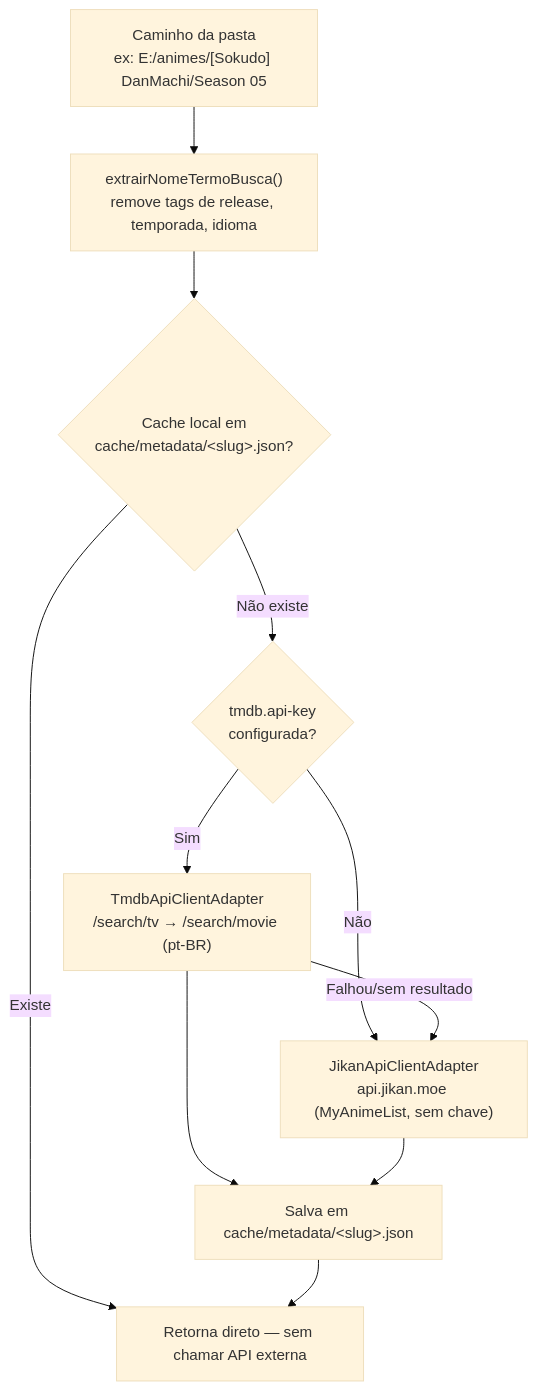
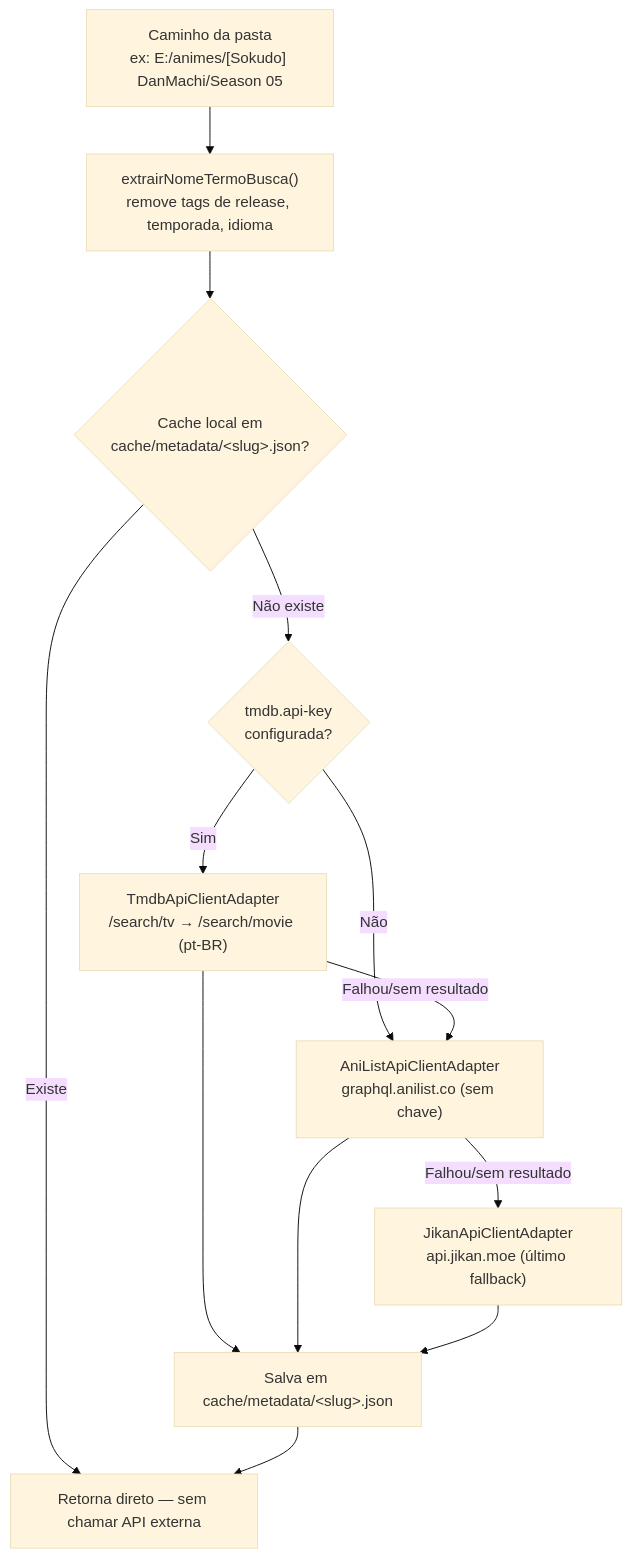
The diagram in docs/11-modulo-metadados-anime.md (carmipa/traducao_animes_llm_local_quarkus), drawn with Mermaid (base theme) before and after one commit. The commit also changed other lines of this file and 6 other files, not shown here.

Commit message:
feat: implement AniList API integration with metadata retrieval use case and UI banner support

````diff
--- a/docs/11-modulo-metadados-anime.md
+++ b/docs/11-modulo-metadados-anime.md
@@ -17,13 +17,15 @@
 ```mermaid
 graph TD
     A["Caminho da pasta<br/>ex: E:/animes/[Sokudo] DanMachi/Season 05"] --> B["extrairNomeTermoBusca()<br/>remove tags de release, temporada, idioma"]
     B --> C{"Cache local em<br/>cache/metadata/&lt;slug&gt;.json?"}
     C -->|Existe| D["Retorna direto — sem chamar API externa"]
     C -->|Não existe| E{"tmdb.api-key<br/>configurada?"}
     E -->|Sim| F["TmdbApiClientAdapter<br/>/search/tv → /search/movie (pt-BR)"]
-    E -->|Não| G["JikanApiClientAdapter<br/>api.jikan.moe (MyAnimeList, sem chave)"]
+    E -->|Não| G["AniListApiClientAdapter<br/>graphql.anilist.co (sem chave)"]
     F -->|Falhou/sem resultado| G
+    G -->|Falhou/sem resultado| I["JikanApiClientAdapter<br/>api.jikan.moe (último fallback)"]
     F --> H["Salva em cache/metadata/&lt;slug&gt;.json"]
     G --> H
+    I --> H
     H --> D
 ```
````
